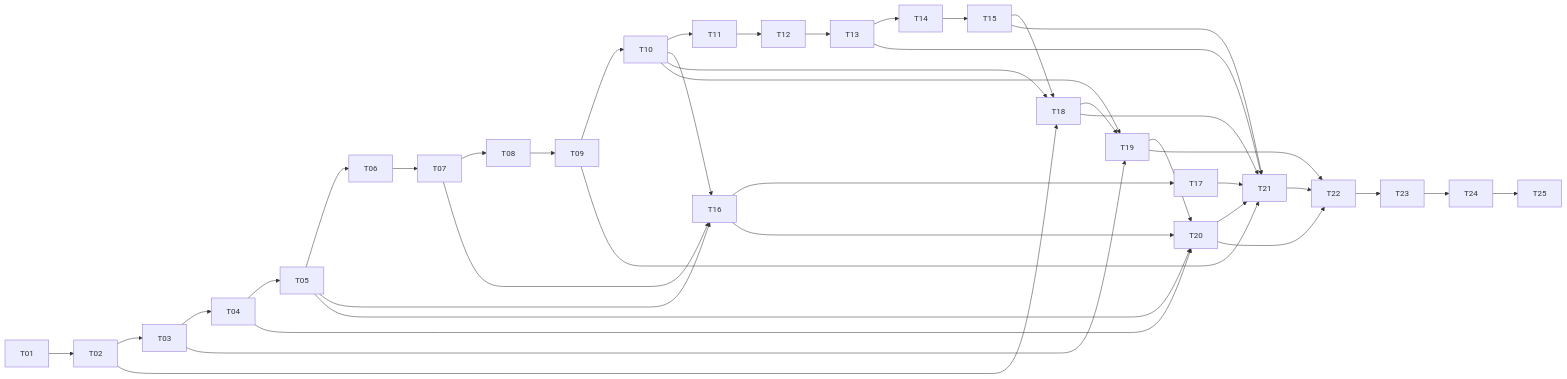
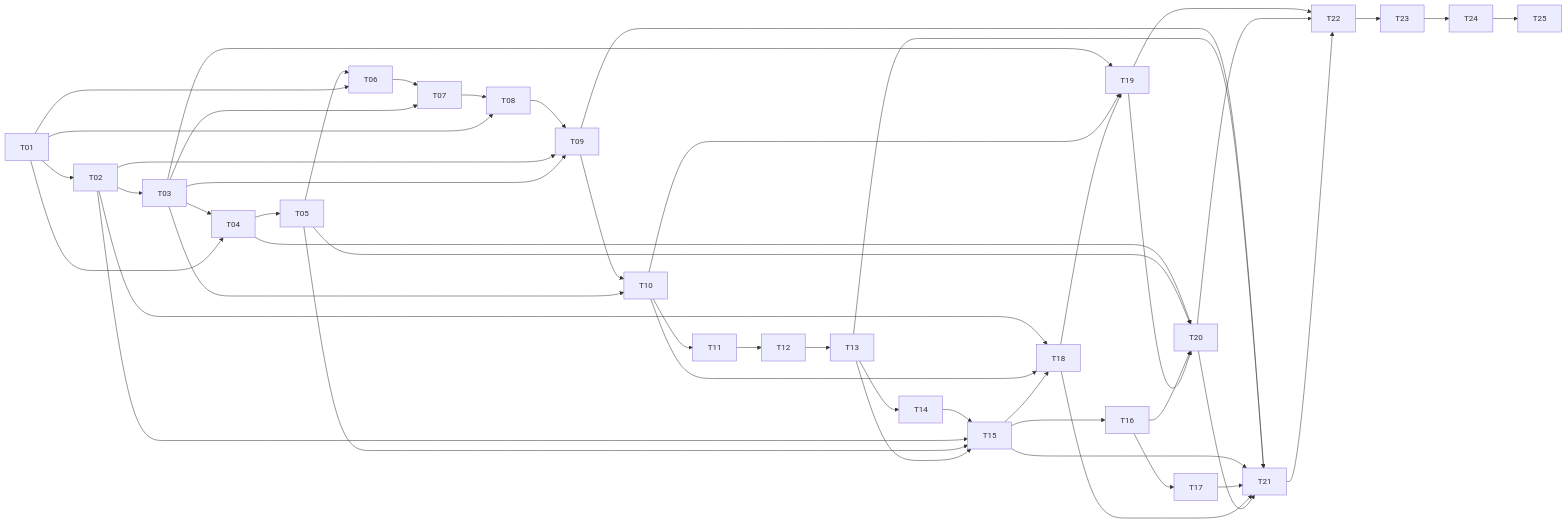
One commit to rgomids/axiom changed the diagram in docs/specifications/004-mvp-v1-baseline/tasks.md. Above: the diagram before and after it, drawn with Mermaid. The commit also changed other lines of this file, not shown here.

````diff
--- a/docs/specifications/004-mvp-v1-baseline/tasks.md
+++ b/docs/specifications/004-mvp-v1-baseline/tasks.md
@@ -147,27 +149,35 @@
 ```mermaid
 flowchart LR
     T01 --> T02 --> T03 --> T04 --> T05 --> T06 --> T07 --> T08 --> T09
     T09 --> T10 --> T11 --> T12 --> T13 --> T14 --> T15
-    T05 --> T16
-    T07 --> T16
-    T10 --> T16 --> T17
+    T01 --> T04
+    T01 --> T06
+    T01 --> T08
+    T02 --> T09
+    T02 --> T15
+    T03 --> T07
+    T03 --> T09
+    T03 --> T10
+    T05 --> T15
+    T13 --> T15
+    T15 --> T16 --> T17
     T02 --> T18
     T10 --> T18
     T15 --> T18
     T03 --> T19
     T10 --> T19
     T18 --> T19
     T04 --> T20
     T05 --> T20
     T16 --> T20
     T19 --> T20
     T09 --> T21
     T13 --> T21
     T15 --> T21
     T17 --> T21
     T18 --> T21
     T20 --> T21
     T19 --> T22
     T20 --> T22
     T21 --> T22 --> T23 --> T24 --> T25
 ```
````
